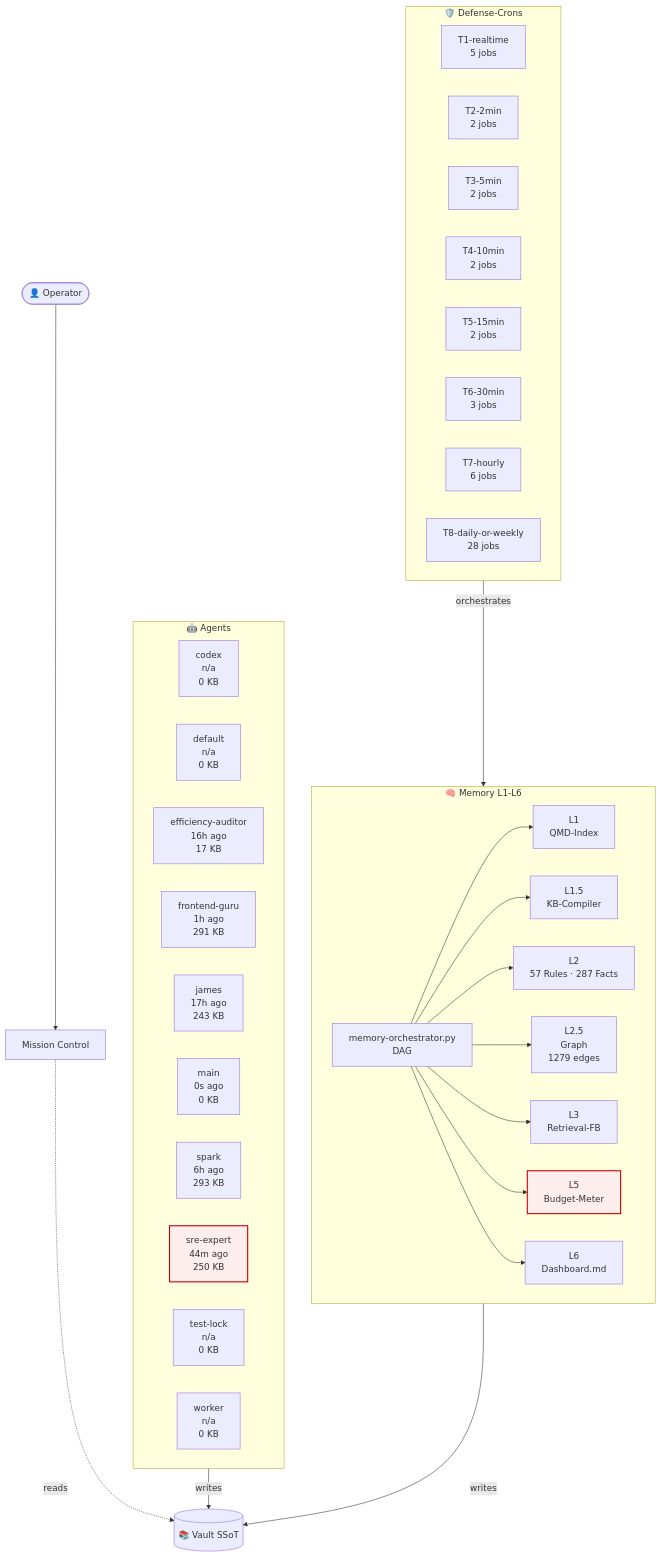
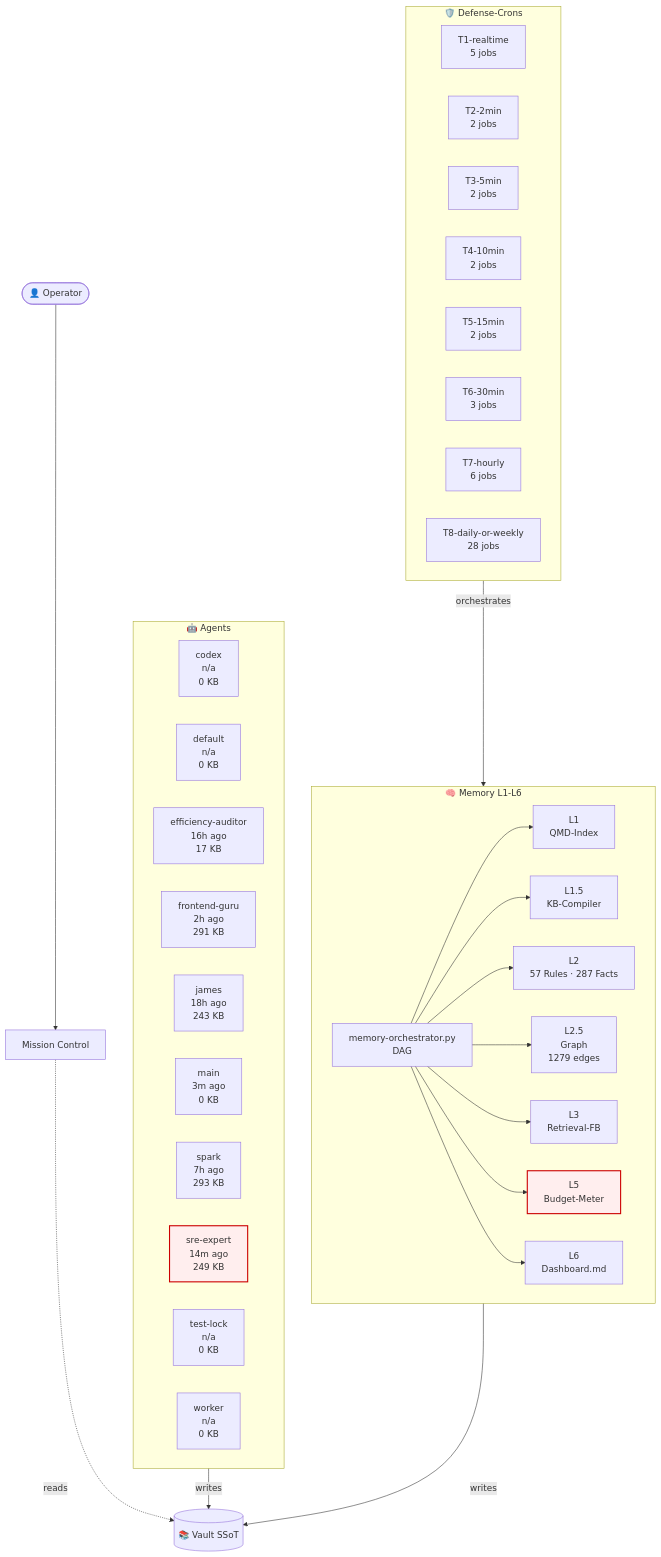
One commit to lenardhuebner88-rgb/openclaw-memory changed the diagram in 03-Agents/architecture-live.md. Above: the diagram before and after it, drawn with Mermaid. The commit also changed other lines of this file and 3 other files, not shown here.

````diff
--- a/03-Agents/architecture-live.md
+++ b/03-Agents/architecture-live.md
@@ -18,53 +18,53 @@
 ```mermaid
 flowchart TB
     classDef critical fill:#fee,stroke:#c00,stroke-width:2px;
     subgraph AGT["🤖 Agents"]
         agent_codex["codex<br/>n/a<br/>0 KB"]
         agent_default["default<br/>n/a<br/>0 KB"]
         agent_efficiency_auditor["efficiency-auditor<br/>16h ago<br/>17 KB"]
-        agent_frontend_guru["frontend-guru<br/>1h ago<br/>291 KB"]
-        agent_james["james<br/>17h ago<br/>243 KB"]
-        agent_main["main<br/>0s ago<br/>0 KB"]
-        agent_spark["spark<br/>6h ago<br/>293 KB"]
-        agent_sre_expert["sre-expert<br/>44m ago<br/>250 KB"]
+        agent_frontend_guru["frontend-guru<br/>2h ago<br/>291 KB"]
+        agent_james["james<br/>18h ago<br/>243 KB"]
+        agent_main["main<br/>3m ago<br/>0 KB"]
+        agent_spark["spark<br/>7h ago<br/>293 KB"]
+        agent_sre_expert["sre-expert<br/>14m ago<br/>249 KB"]
         agent_test_lock["test-lock<br/>n/a<br/>0 KB"]
         agent_worker["worker<br/>n/a<br/>0 KB"]
     end
     subgraph MEM["🧠 Memory L1-L6"]
         L1["L1<br/>QMD-Index"]
         L15["L1.5<br/>KB-Compiler"]
         L2["L2<br/>57 Rules · 287 Facts"]
         L25["L2.5<br/>Graph<br/>1279 edges"]
         L3["L3<br/>Retrieval-FB"]
         L5["L5<br/>Budget-Meter"]
         L6["L6<br/>Dashboard.md"]
         ORCH["memory-orchestrator.py<br/>DAG"]
     end
     subgraph CRN["🛡️ Defense-Crons"]
         tier_T1_realtime["T1-realtime<br/>5 jobs"]
         tier_T2_2min["T2-2min<br/>2 jobs"]
         tier_T3_5min["T3-5min<br/>2 jobs"]
         tier_T4_10min["T4-10min<br/>2 jobs"]
         tier_T5_15min["T5-15min<br/>2 jobs"]
         tier_T6_30min["T6-30min<br/>3 jobs"]
         tier_T7_hourly["T7-hourly<br/>6 jobs"]
         tier_T8_daily_or_weekly["T8-daily-or-weekly<br/>28 jobs"]
     end
     VAULT[("📚 Vault SSoT")]
     OP([👤 Operator])
     MC["Mission Control"]
     OP --> MC
     MC -.reads.-> VAULT
     AGT -->|writes| VAULT
     MEM -->|writes| VAULT
     ORCH --> L1
     ORCH --> L15
     ORCH --> L2
     ORCH --> L25
     ORCH --> L3
     ORCH --> L5
     ORCH --> L6
     CRN -->|orchestrates| MEM
     class L5 critical
     class agent_sre_expert critical
 ```
````
